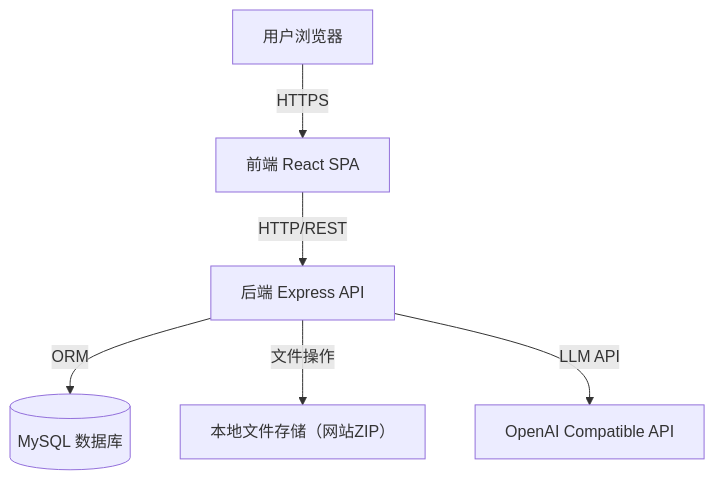
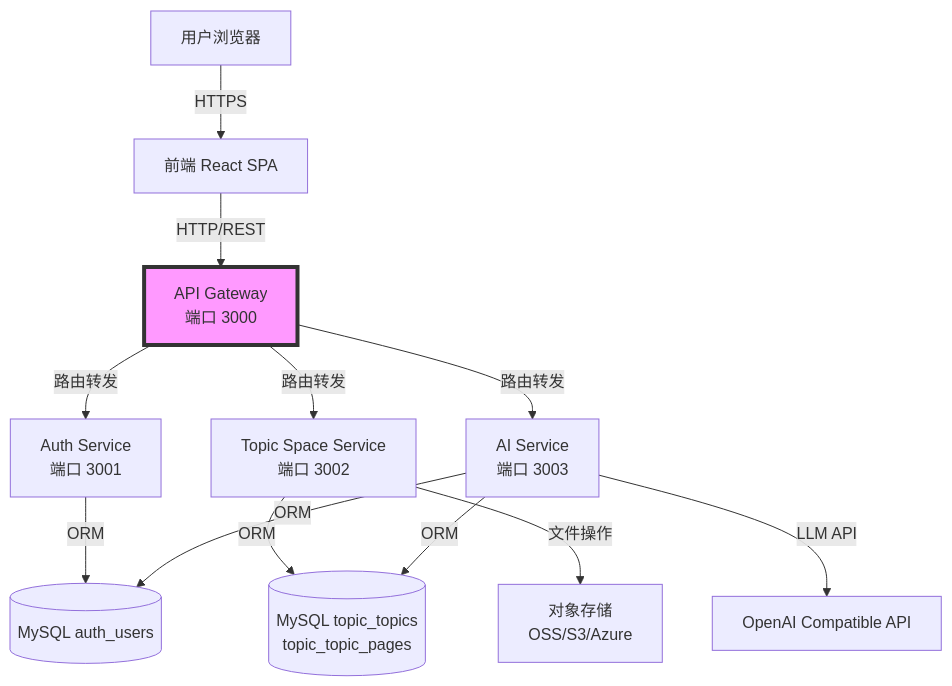
The first of 3 diagrams in docs/spec/architecture.md (a48zhang/web-learn), drawn with Mermaid before and after one commit. The commit also changed other lines of this file and 6 other files, not shown here.

First line of the commit message:
docs: update spec documents to reflect microservices architecture

````diff
--- a/docs/spec/architecture.md
+++ b/docs/spec/architecture.md
@@ -9,8 +9,19 @@
 ```mermaid
 graph TD
-    A[前端 React SPA] -->|HTTP/REST| B[后端 Express API]
-    B -->|ORM| C[(MySQL 数据库)]
-    B -->|文件操作| D[本地文件存储（网站ZIP）]
-    B -->|LLM API| F[OpenAI Compatible API]
-    E[用户浏览器] -->|HTTPS| A
+    E[用户浏览器] -->|HTTPS| A[前端 React SPA]
+    A -->|HTTP/REST| GW[API Gateway<br/>端口 3000]
+
+    GW -->|路由转发| AUTH[Auth Service<br/>端口 3001]
+    GW -->|路由转发| TOPIC[Topic Space Service<br/>端口 3002]
+    GW -->|路由转发| AI[AI Service<br/>端口 3003]
+
+    AUTH -->|ORM| C[(MySQL auth_users)]
+    TOPIC -->|ORM| D[(MySQL topic_topics<br/>topic_topic_pages)]
+    AI -->|ORM| C
+    AI -->|ORM| D
+    TOPIC -->|文件操作| OSS[对象存储<br/>OSS/S3/Azure]
+
+    AI -->|LLM API| F[OpenAI Compatible API]
+
+    style GW fill:#f9f,stroke:#333,stroke-width:4px
 ```
````
